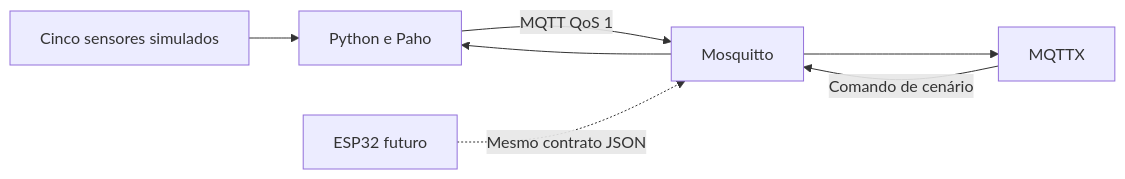
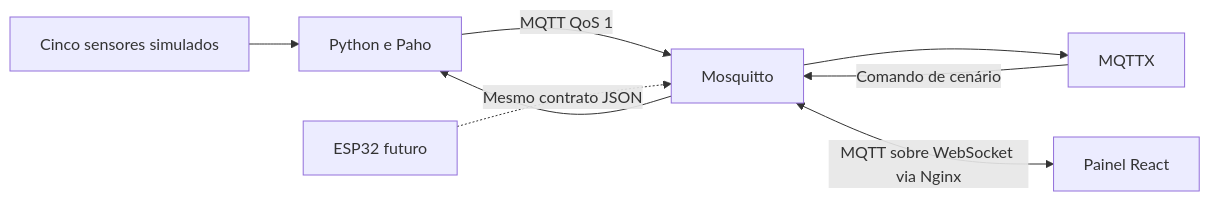
The diagram in project/project_iot/README.md (Mestrado-Alvaro-Ribeiro/alvaro-ribeiro-985-tp546), drawn with Mermaid before and after one commit. The commit also changed other lines of this file and 2 other files, not shown here.

First line of the commit message:
docs(project): document dashboard setup and MQTT integration

````diff
--- a/project/project_iot/README.md
+++ b/project/project_iot/README.md
@@ -40,9 +89,10 @@
 ```mermaid
 flowchart LR
     S[Cinco sensores simulados] --> P[Python e Paho]
     P -->|MQTT QoS 1| B[Mosquitto]
     B --> X[MQTTX]
+    B <-->|MQTT sobre WebSocket via Nginx| R[Painel React]
     X -->|Comando de cenário| B
     B --> P
     H[ESP32 futuro] -. Mesmo contrato JSON .-> B
 ```
````
